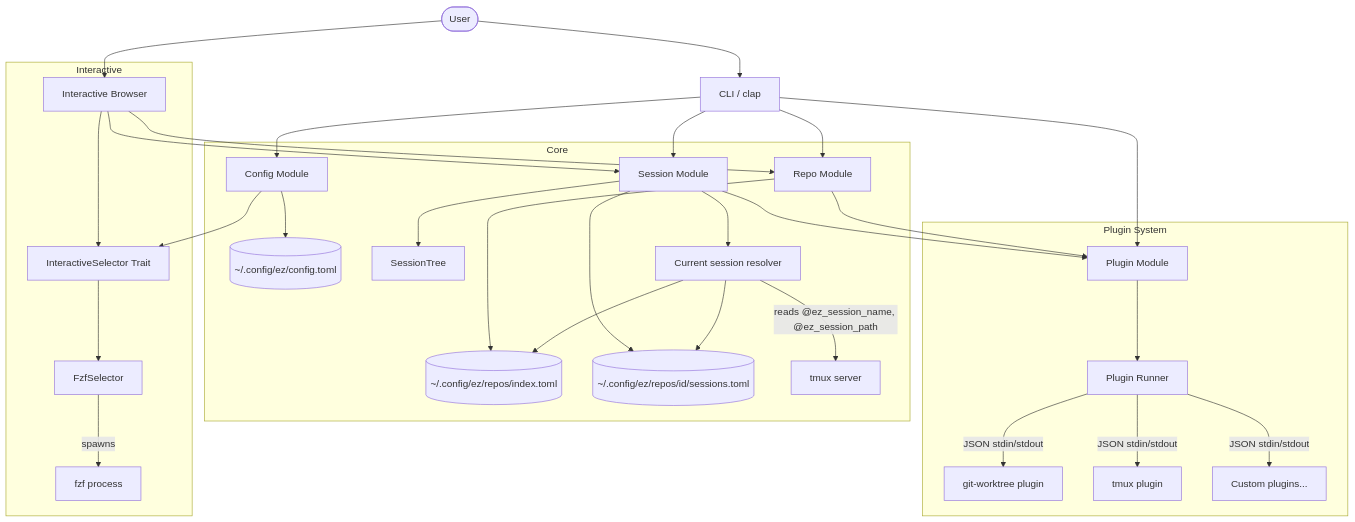
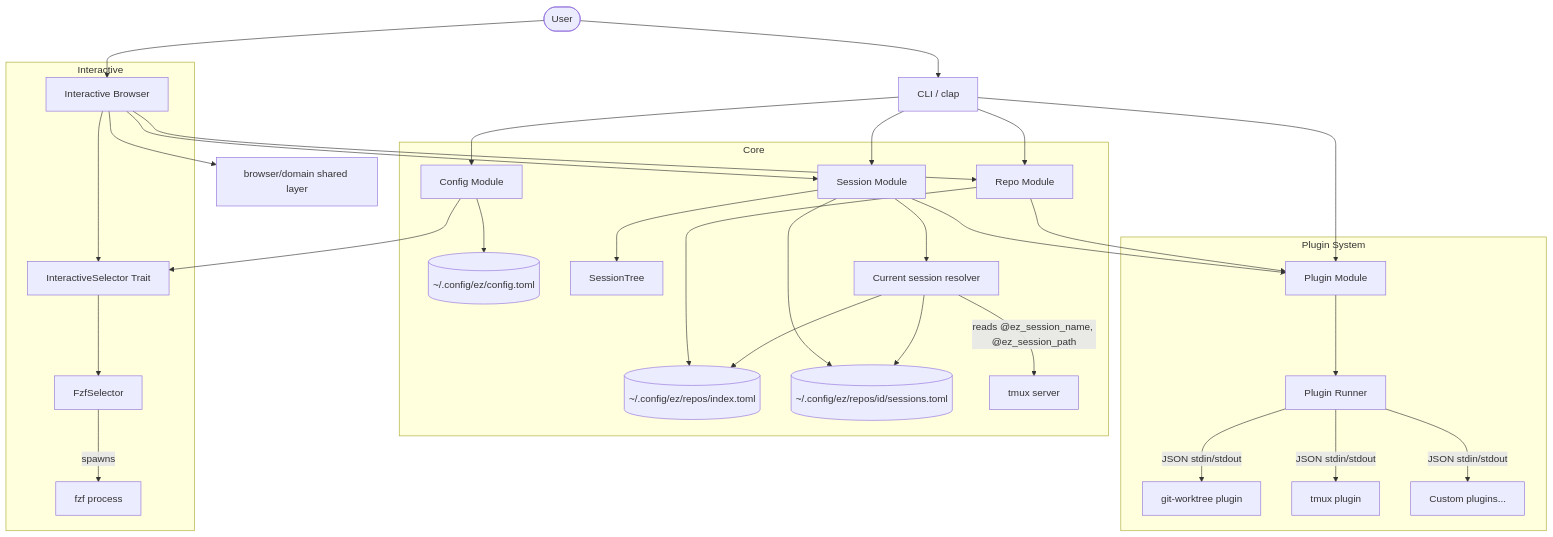
The first of 10 diagrams in docs/design.md (KoalaVim/ez-workspaces), drawn with Mermaid before and after one commit. The commit also changed other lines of this file and 72 other files, not shown here.

````diff
--- a/docs/design.md
+++ b/docs/design.md
@@ -5,40 +5,41 @@
 ```mermaid
 graph TB
     User([User]) --> CLI[CLI / clap]
     User --> Browser[Interactive Browser]
 
     CLI --> Config[Config Module]
     CLI --> Repo[Repo Module]
     CLI --> Session[Session Module]
     CLI --> Plugin[Plugin Module]
     Browser --> Selector[InteractiveSelector Trait]
+    Browser --> Domain[browser/domain shared layer]
 
     subgraph Core
         Config --> ConfigStore[(~/.config/ez/config.toml)]
         Repo --> RepoStore[(~/.config/ez/repos/index.toml)]
         Session --> SessionStore[(~/.config/ez/repos/id/sessions.toml)]
         Session --> Tree[SessionTree]
         Session --> Current[Current session resolver]
         Current --> SessionStore
         Current --> RepoStore
         Current --> |reads @ez_session_name, @ez_session_path| TmuxServer[tmux server]
     end
 
     subgraph Plugin System
         Plugin --> Runner[Plugin Runner]
         Runner --> |JSON stdin/stdout| GitWorktree[git-worktree plugin]
         Runner --> |JSON stdin/stdout| Tmux[tmux plugin]
         Runner --> |JSON stdin/stdout| Custom[Custom plugins...]
     end
 
     subgraph Interactive
         Selector --> FzfSelector[FzfSelector]
         FzfSelector --> |spawns| fzf[fzf process]
         Browser --> Repo
         Browser --> Session
         Config --> Selector
     end
 
     Session --> Plugin
     Repo --> Plugin
 ```
````
